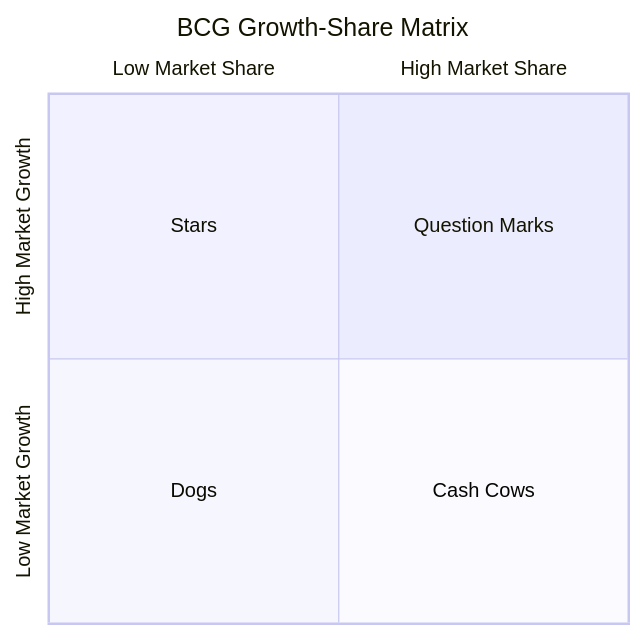
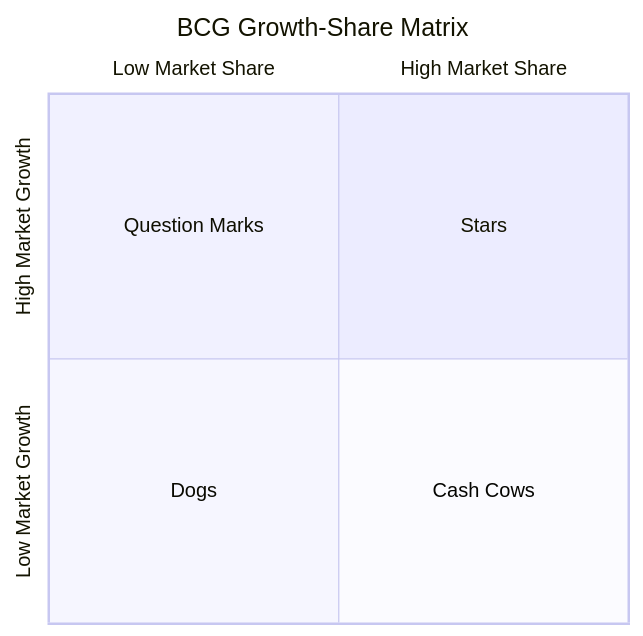
Before and after one commit to hsoni92/ml-workbook: the first of 2 diagrams in bits-pilani/trimester-3/notes/principle-of-marketing/week-02/07-bcg-growth-share-matrix-transcript.md, drawn with Mermaid. The commit also changed 3 other files, not shown here.

````diff
--- a/bits-pilani/trimester-3/notes/principle-of-marketing/week-02/07-bcg-growth-share-matrix-transcript.md
+++ b/bits-pilani/trimester-3/notes/principle-of-marketing/week-02/07-bcg-growth-share-matrix-transcript.md
@@ -11,10 +11,10 @@
 ```mermaid
 quadrantChart
     title BCG Growth-Share Matrix
     x-axis Low Market Share --> High Market Share
     y-axis Low Market Growth --> High Market Growth
-    quadrant-1 Question Marks
-    quadrant-2 Stars
+    quadrant-1 Stars
+    quadrant-2 Question Marks
     quadrant-3 Dogs
     quadrant-4 Cash Cows
 ```
````
